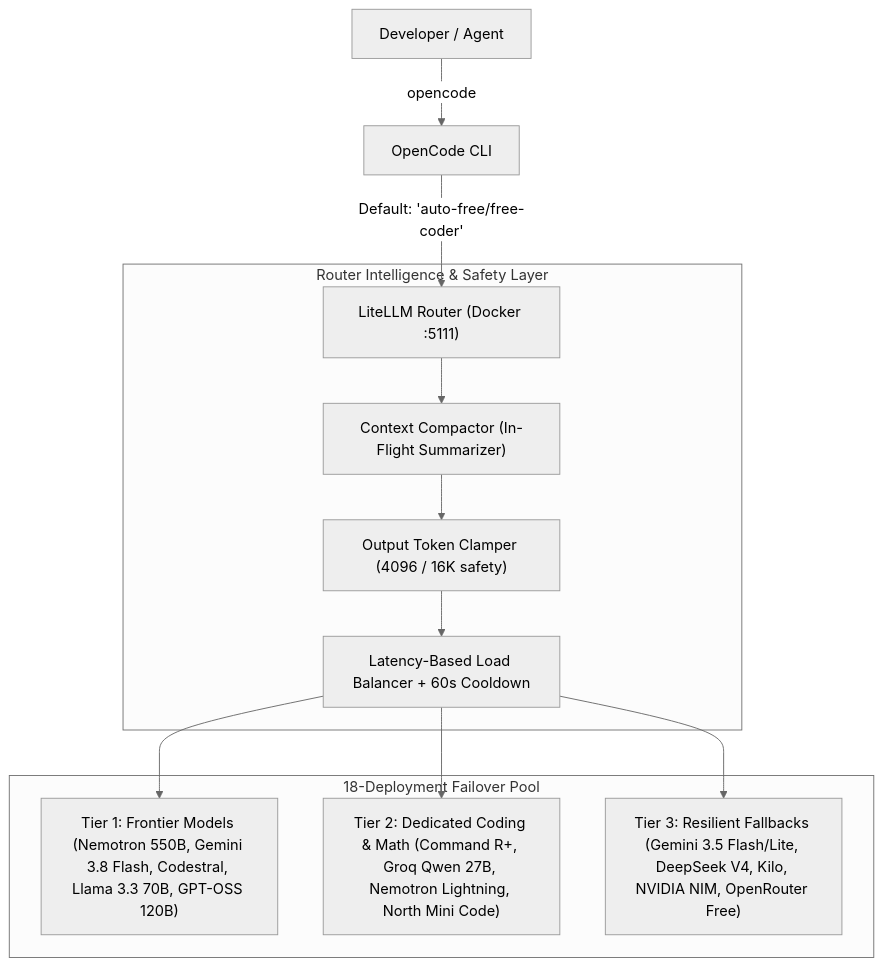
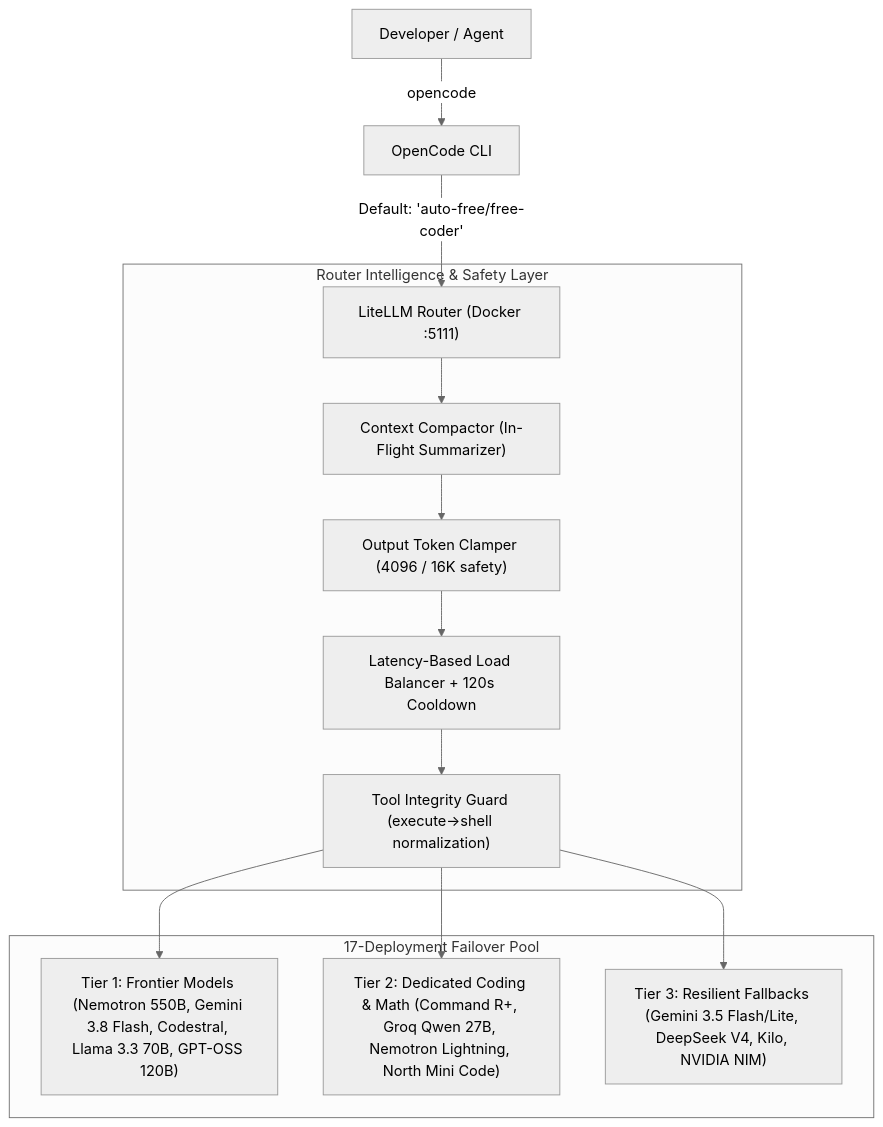
One commit to michiel2002v/FreeAIRouter changed the diagram in GEMINI.md. Above: the diagram before and after it, drawn with Mermaid (neutral theme). The commit also changed other lines of this file and 2 other files, not shown here.

Commit message:
fix(router): add transient cooldown, normalize tool calls, and deny execute in opencode

````diff
--- a/GEMINI.md
+++ b/GEMINI.md
@@ -13,17 +13,18 @@
 ```mermaid
 flowchart TD
     User["Developer / Agent"] -->|opencode| OC["OpenCode CLI"]
     OC -->|Default: 'auto-free/free-coder'| LiteLLM["LiteLLM Router (Docker :5111)"]
 
     subgraph RouterCore ["Router Intelligence & Safety Layer"]
         LiteLLM --> Compactor["Context Compactor (In-Flight Summarizer)"]
         Compactor --> Clamper["Output Token Clamper (4096 / 16K safety)"]
-        Clamper --> Balancer["Latency-Based Load Balancer + 60s Cooldown"]
+        Clamper --> Balancer["Latency-Based Load Balancer + 120s Cooldown"]
+        Balancer --> ToolGuard["Tool Integrity Guard (execute->shell normalization)"]
     end
 
-    subgraph Deployments ["18-Deployment Failover Pool"]
-        Balancer --> Frontier["Tier 1: Frontier Models (Nemotron 550B, Gemini 3.8 Flash, Codestral, Llama 3.3 70B, GPT-OSS 120B)"]
-        Balancer --> Coding["Tier 2: Dedicated Coding & Math (Command R+, Groq Qwen 27B, Nemotron Lightning, North Mini Code)"]
-        Balancer --> Fallbacks["Tier 3: Resilient Fallbacks (Gemini 3.5 Flash/Lite, DeepSeek V4, Kilo, NVIDIA NIM, OpenRouter Free)"]
+    subgraph Deployments ["17-Deployment Failover Pool"]
+        ToolGuard --> Frontier["Tier 1: Frontier Models (Nemotron 550B, Gemini 3.8 Flash, Codestral, Llama 3.3 70B, GPT-OSS 120B)"]
+        ToolGuard --> Coding["Tier 2: Dedicated Coding & Math (Command R+, Groq Qwen 27B, Nemotron Lightning, North Mini Code)"]
+        ToolGuard --> Fallbacks["Tier 3: Resilient Fallbacks (Gemini 3.5 Flash/Lite, DeepSeek V4, Kilo, NVIDIA NIM)"]
     end
 ```
````
